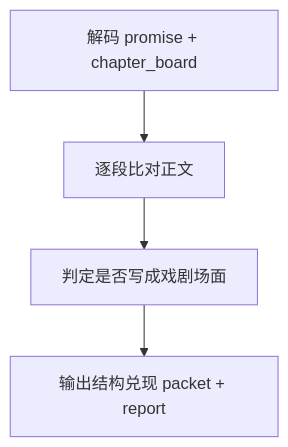
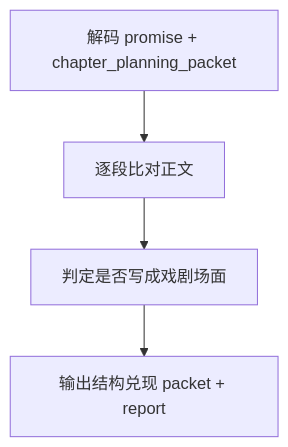
One commit to ZEN-VOID/AI-CUT changed the diagram in .agents/skills/story/4-Validation/结构兑现/SKILL.md. Above: the diagram before and after it, drawn with Mermaid. The commit also changed other lines of this file and 281 other files, not shown here.

````diff
--- a/.agents/skills/story/4-Validation/结构兑现/SKILL.md
+++ b/.agents/skills/story/4-Validation/结构兑现/SKILL.md
@@ -81,6 +81,6 @@
 ```mermaid
 flowchart TD
-    A["解码 promise + chapter_board"] --> B["逐段比对正文"]
+    A["解码 promise + chapter_planning_packet"] --> B["逐段比对正文"]
     B --> C["判定是否写成戏剧场面"]
     C --> D["输出结构兑现 packet + report"]
 ```
````
